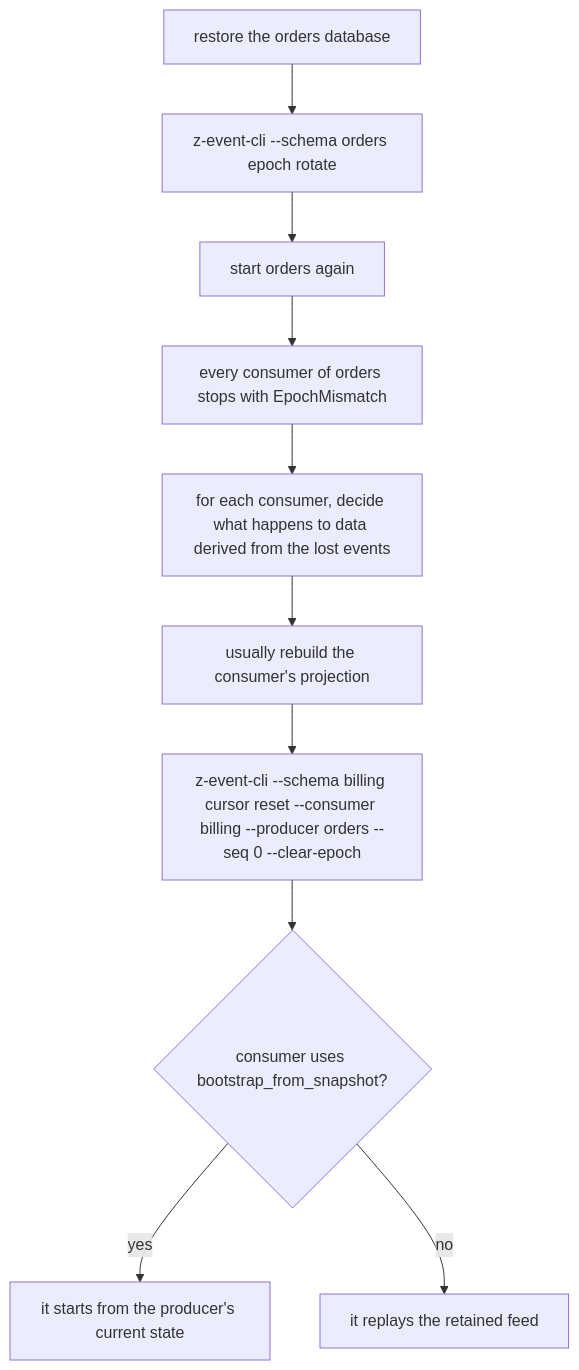
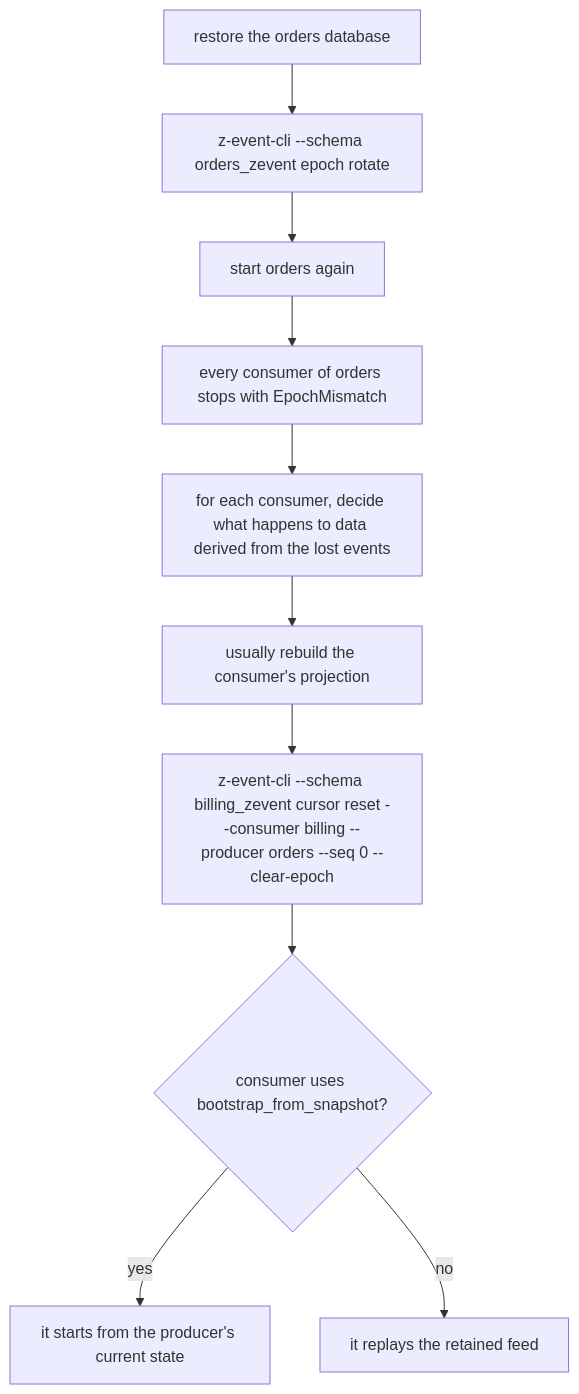
One commit to eugenezimin/z-event changed the third of 3 diagrams in docs/operating.md. Above: the diagram before and after it, drawn with Mermaid. The commit also changed other lines of this file and 3 other files, not shown here.

First line of the commit message:
Document the separate z-event schema and connection pool

````diff
--- a/docs/operating.md
+++ b/docs/operating.md
@@ -142,12 +147,12 @@
 ```mermaid
 flowchart TD
-    A["restore the orders database"] --> B["z-event-cli --schema orders epoch rotate"]
+    A["restore the orders database"] --> B["z-event-cli --schema orders_zevent epoch rotate"]
     B --> C["start orders again"]
     C --> D["every consumer of orders stops with EpochMismatch"]
     D --> E["for each consumer, decide what happens to data derived from the lost events"]
     E --> F["usually rebuild the consumer's projection"]
-    F --> G["z-event-cli --schema billing cursor reset --consumer billing --producer orders --seq 0 --clear-epoch"]
+    F --> G["z-event-cli --schema billing_zevent cursor reset --consumer billing --producer orders --seq 0 --clear-epoch"]
     G --> H{"consumer uses bootstrap_from_snapshot?"}
     H -->|"yes"| I["it starts from the producer's current state"]
     H -->|"no"| J["it replays the retained feed"]
 ```
````
